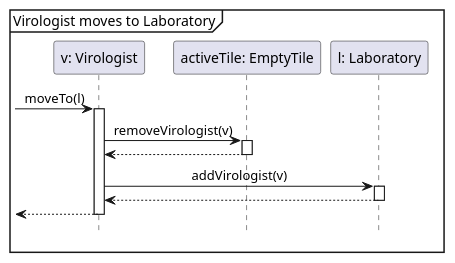
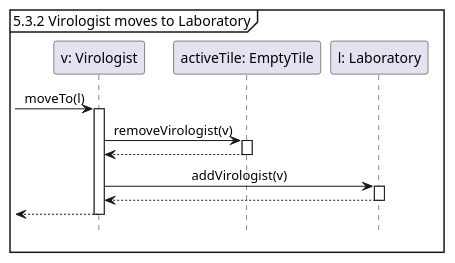
The diagram in docs/testCases/sequences/moveToLaboratory.puml (Tschonti/503-service-unavailable), drawn with PlantUML before and after one commit. The commit also changed 3 other files, not shown here.

Commit message:
move seq diagram counting

```diff
--- a/docs/testCases/sequences/moveToLaboratory.puml
+++ b/docs/testCases/sequences/moveToLaboratory.puml
@@ -1,18 +1,18 @@
 @startuml
 'https://plantuml.com/sequence-diagram
 hide footbox
 skinparam sequenceMessageAlign center
 
-mainframe Virologist moves to Laboratory
+mainframe 5.3.2 Virologist moves to Laboratory
 
 participant "v: Virologist" as v
 participant "activeTile: EmptyTile" as t1
 participant "l: Laboratory" as l
 
 -> v ++: moveTo(l)
     v -> t1 ++ : removeVirologist(v)
     return
     v -> l ++ : addVirologist(v)
     return
 return
 @enduml
```
